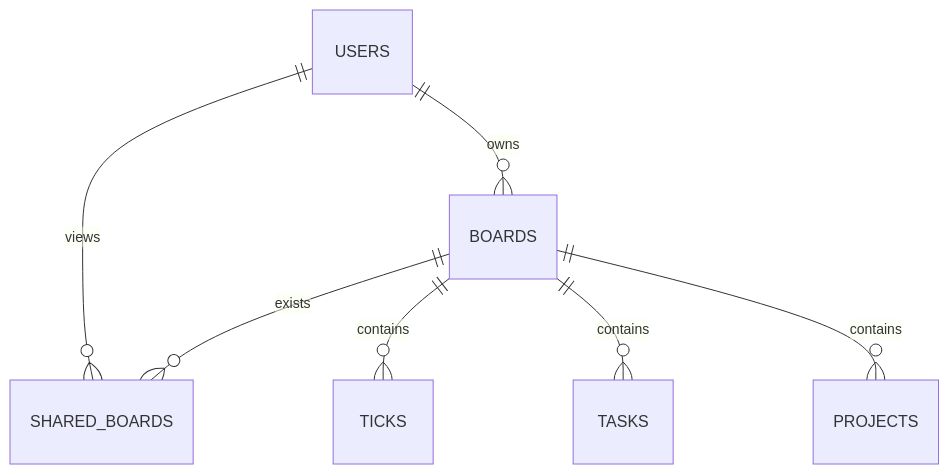
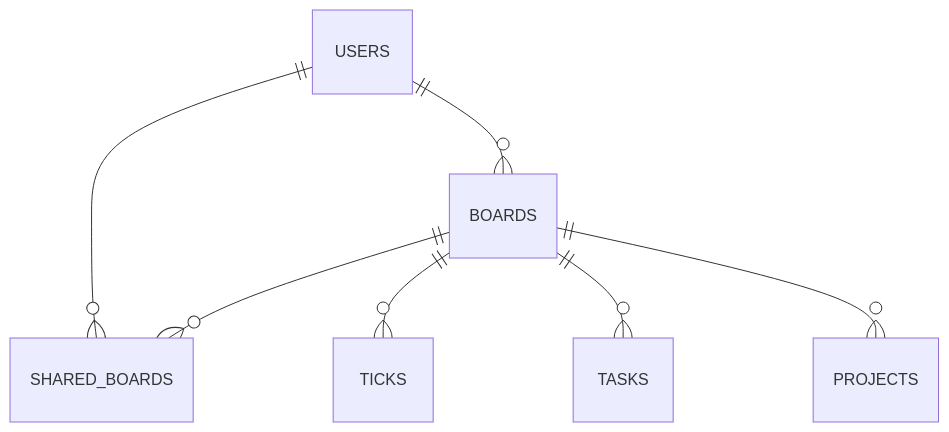
One commit to lmckinley09/CoE-Todo changed the diagram in README.md. Above: the diagram before and after it, drawn with Mermaid.

````diff
--- a/README.md
+++ b/README.md
@@ -19,9 +19,9 @@
 ```mermaid
 erDiagram
- USERS ||--o{ BOARDS : owns
- USERS ||--o{ SHARED_BOARDS : views
- BOARDS ||--o{ SHARED_BOARDS : exists
- BOARDS ||--o{ TICKS : contains
- BOARDS ||--o{ TASKS : contains
- BOARDS ||--o{ PROJECTS : contains
+ USERS ||--o{ BOARDS : ""
+ USERS ||--o{ SHARED_BOARDS : ""
+ BOARDS ||--o{ SHARED_BOARDS : ""
+ BOARDS ||--o{ TICKS : ""
+ BOARDS ||--o{ TASKS : ""
+ BOARDS ||--o{ PROJECTS : ""
 ```
````
